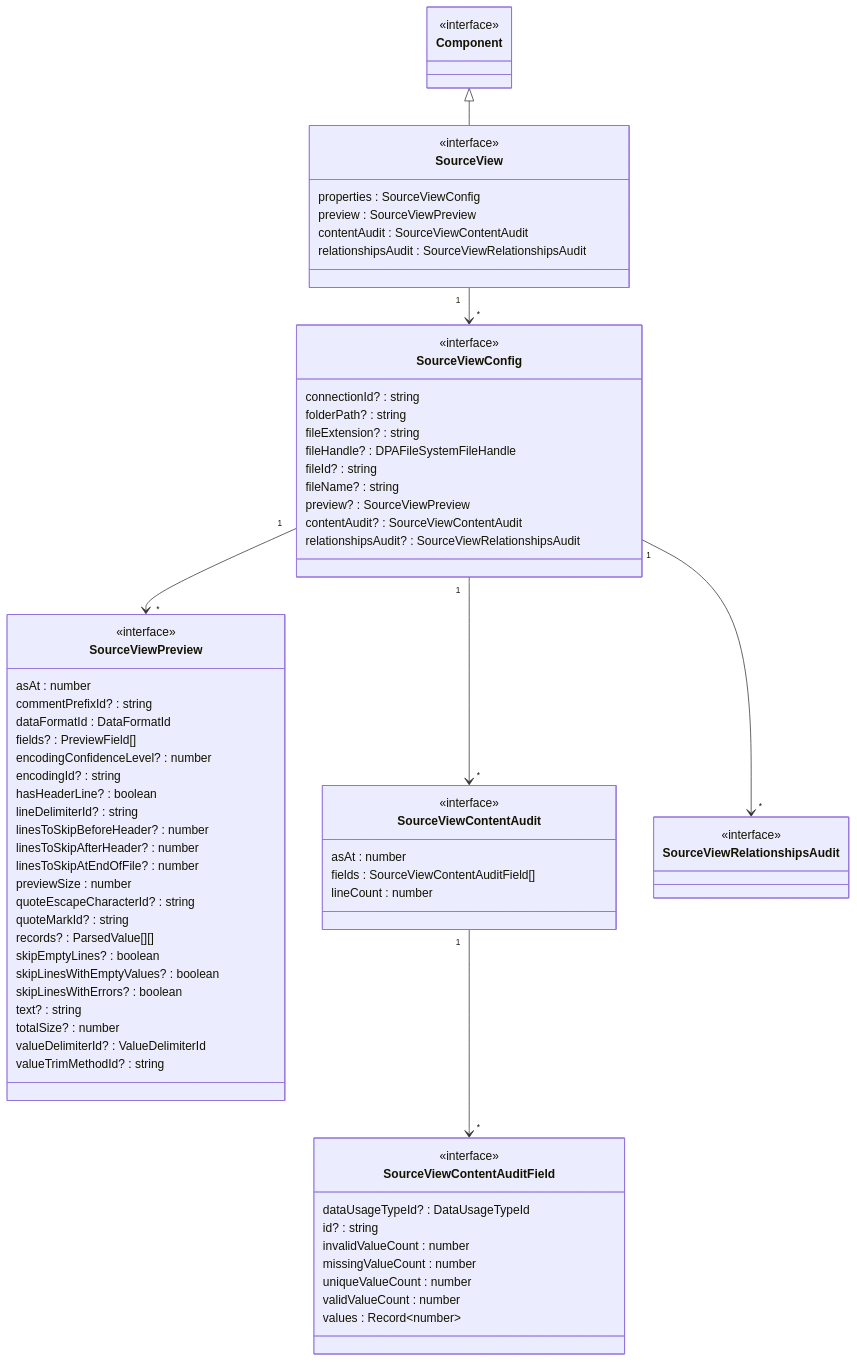
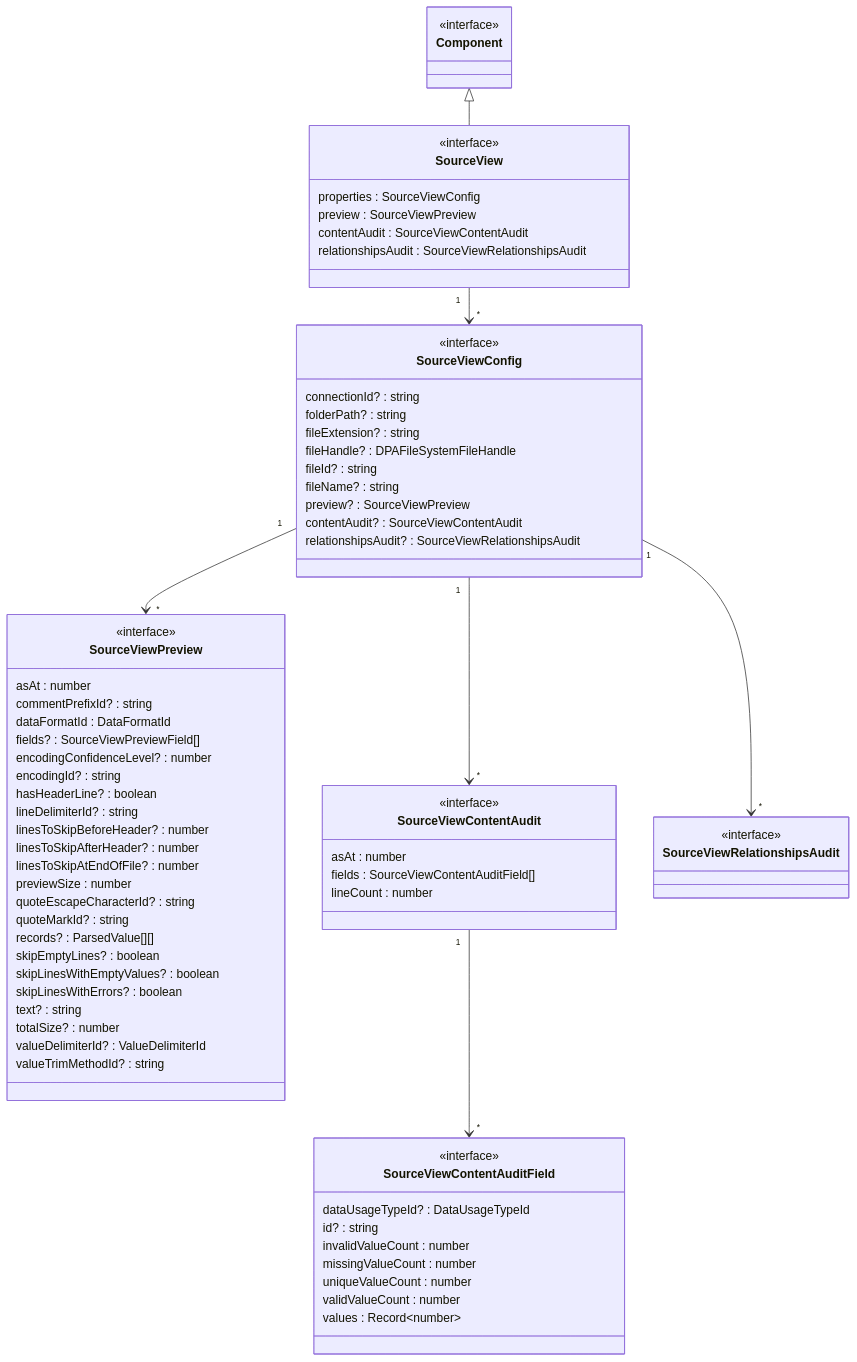
Diagram 18 of 22 in README.md (data-positioning/datapos-shared), drawn with Mermaid before and after one commit. The commit also changed other lines of this file and 5 other files, not shown here.

```diff
--- a/README.md
+++ b/README.md
@@ -630,7 +630,7 @@
         asAt : number
         commentPrefixId? : string
         dataFormatId : DataFormatId
-        fields? : PreviewField[]
+        fields? : SourceViewPreviewField[]
         encodingConfidenceLevel? : number
         encodingId? : string
         hasHeaderLine? : boolean
@@ -666,13 +666,13 @@
 
     SourceViewContentAudit "1" --> "*" SourceViewContentAuditField
 
-    %%class PreviewField {
+    %%class SourceViewPreviewField {
     %%    <<interface>>
     %%}
 
-    %%PreviewField <|-- SourceViewContentAuditField
+    %%SourceViewPreviewField <|-- SourceViewContentAuditField
 
-    %%SourceViewPreview "1" --> "*" PreviewField
+    %%SourceViewPreview "1" --> "*" SourceViewPreviewField
 
     class SourceViewContentAuditField {
         <<interface>>
```
